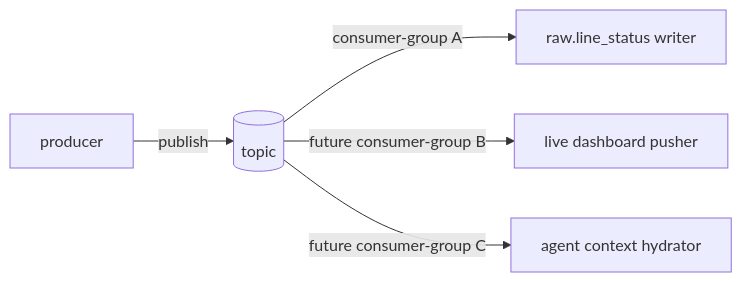
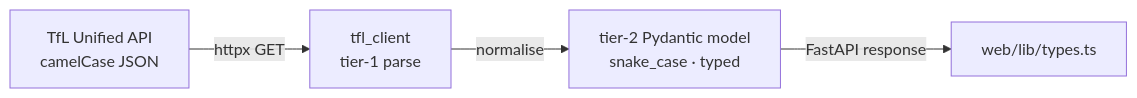
One commit to hcslomeu/tfl-monitor changed the second of 2 diagrams in docs/pipelines/ingestion.md. Above: the diagram before and after it, drawn with Mermaid. The commit also changed other lines of this file and 15 other files, not shown here.

First line of the commit message:
docs: sync mkdocs site with live-proxy architecture (TM-35) (#131)

````diff
--- a/docs/pipelines/ingestion.md
+++ b/docs/pipelines/ingestion.md
@@ -62,7 +45,6 @@
 ```mermaid
 flowchart LR
-    P[producer] -->|publish| T[(topic)]
-    T -->|consumer-group A| C1[raw.line_status writer]
-    T -->|future consumer-group B| C2[live dashboard pusher]
-    T -->|future consumer-group C| C3[agent context hydrator]
+    TFL[TfL Unified API<br/>camelCase JSON] -->|httpx GET| C[tfl_client<br/>tier-1 parse]
+    C -->|normalise| T2["tier-2 Pydantic model<br/>snake_case · typed"]
+    T2 -->|FastAPI response| WEB[web/lib/types.ts]
 ```
````
